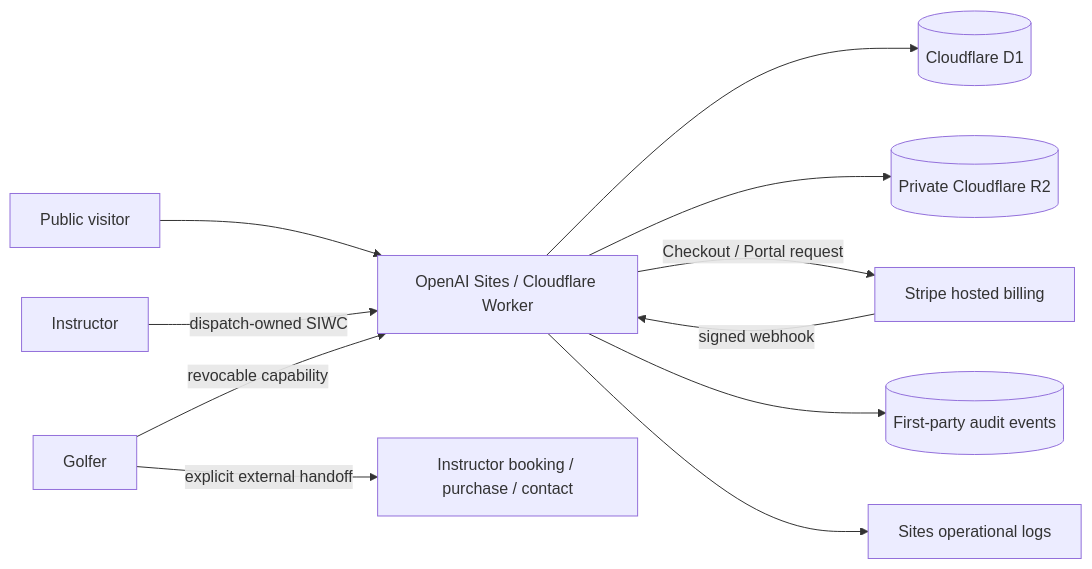
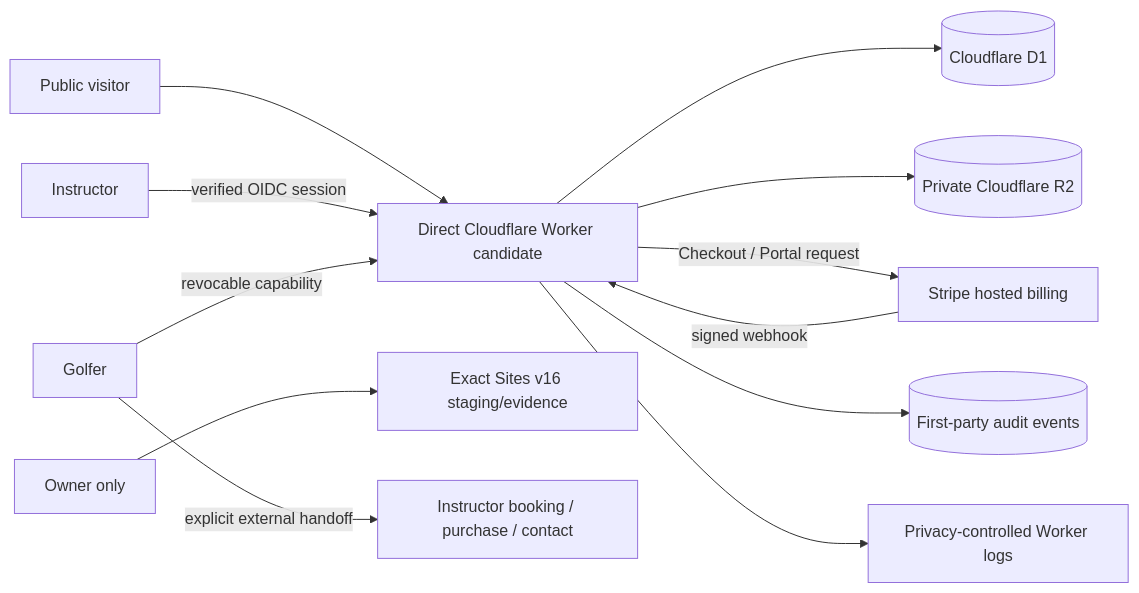
The diagram in docs/ARCHITECTURE.md (landrydev/golf_coach), drawn with Mermaid before and after one commit. The commit also changed other lines of this file and 235 other files, not shown here.

````diff
--- a/docs/ARCHITECTURE.md
+++ b/docs/ARCHITECTURE.md
@@ -27,13 +33,14 @@
 ```mermaid
 flowchart LR
-    Public[Public visitor] --> Sites[OpenAI Sites / Cloudflare Worker]
-    Instructor[Instructor] -->|dispatch-owned SIWC| Sites
-    Golfer[Golfer] -->|revocable capability| Sites
-    Sites --> D1[(Cloudflare D1)]
-    Sites --> R2[(Private Cloudflare R2)]
-    Sites -->|Checkout / Portal request| Stripe[Stripe hosted billing]
-    Stripe -->|signed webhook| Sites
-    Sites --> Audit[(First-party audit events)]
-    Sites --> Logs[Sites operational logs]
+    Public[Public visitor] --> Worker[Direct Cloudflare Worker candidate]
+    Instructor[Instructor] -->|verified OIDC session| Worker
+    Golfer[Golfer] -->|revocable capability| Worker
+    Worker --> D1[(Cloudflare D1)]
+    Worker --> R2[(Private Cloudflare R2)]
+    Worker -->|Checkout / Portal request| Stripe[Stripe hosted billing]
+    Stripe -->|signed webhook| Worker
+    Worker --> Audit[(First-party audit events)]
+    Worker --> Logs[Privacy-controlled Worker logs]
+    Owner[Owner only] --> Sites[Exact Sites v16 staging/evidence]
     Golfer -->|explicit external handoff| CoachLink[Instructor booking / purchase / contact]
 ```
````
